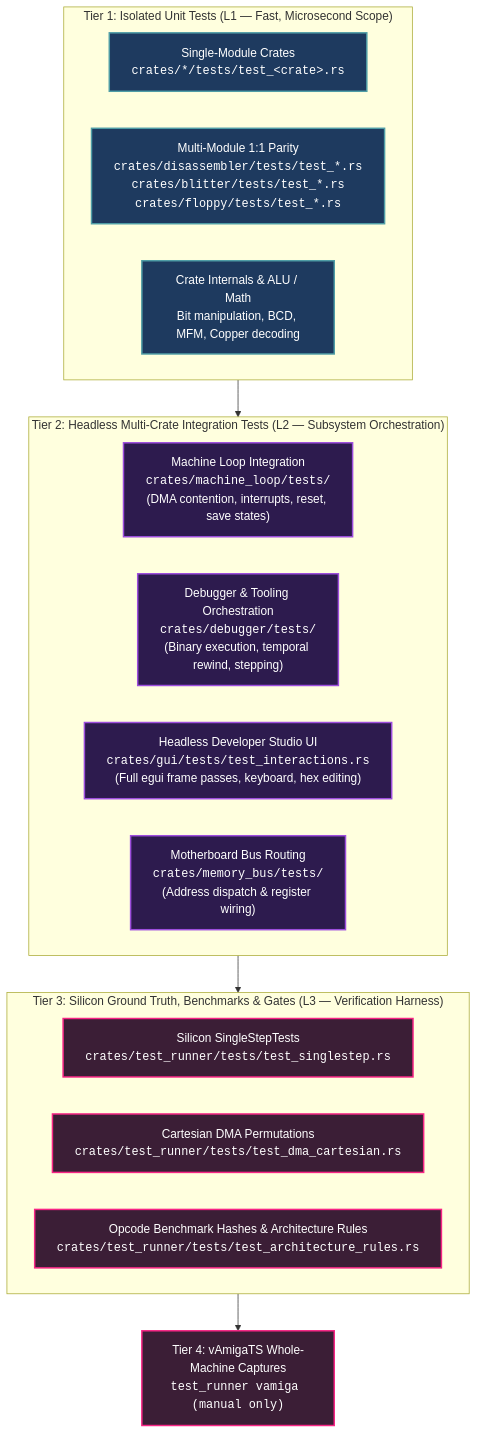
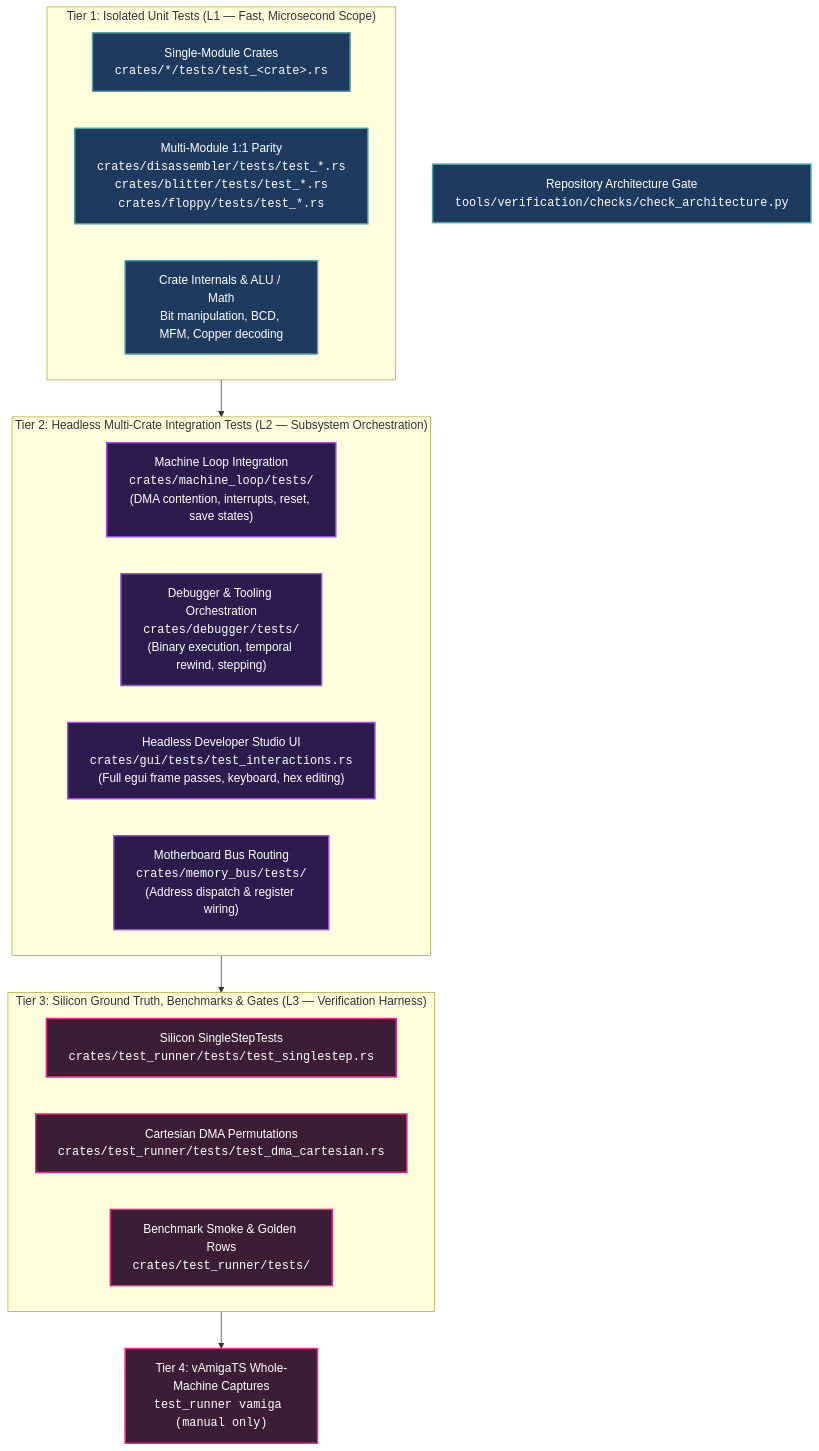
One commit to tomek-anuszkiewicz/amiga-studio changed the first of 2 diagrams in Obsidian/Amiga/Design/Testing Strategy and Quality Assurance.md. Above: the diagram before and after it, drawn with Mermaid. The commit also changed other lines of this file and 67 other files, not shown here.

First line of the commit message:
refactor(verification): centralize checks and diagnostic commands

````diff
--- a/Obsidian/Amiga/Design/Testing Strategy and Quality Assurance.md
+++ b/Obsidian/Amiga/Design/Testing Strategy and Quality Assurance.md
@@ -37,30 +35,31 @@
 ```mermaid
 graph TD
     classDef t1 fill:#1e3a5f,stroke:#4f9da6,stroke-width:2px,color:#ffffff;
     classDef t2 fill:#2d1b4e,stroke:#9d4edd,stroke-width:2px,color:#ffffff;
     classDef t3 fill:#3b1e36,stroke:#f72585,stroke-width:2px,color:#ffffff;
 
     subgraph Tier1["Tier 1: Isolated Unit Tests (L1 — Fast, Microsecond Scope)"]
         U1["Single-Module Crates<br/><code>crates/*/tests/test_&lt;crate&gt;.rs</code>"]:::t1
         U2["Multi-Module 1:1 Parity<br/><code>crates/disassembler/tests/test_*.rs</code><br/><code>crates/blitter/tests/test_*.rs</code><br/><code>crates/floppy/tests/test_*.rs</code>"]:::t1
         U3["Crate Internals & ALU / Math<br/>Bit manipulation, BCD, MFM, Copper decoding"]:::t1
     end
 
     subgraph Tier2["Tier 2: Headless Multi-Crate Integration Tests (L2 — Subsystem Orchestration)"]
         I1["Machine Loop Integration<br/><code>crates/machine_loop/tests/</code><br/>(DMA contention, interrupts, reset, save states)"]:::t2
         I2["Debugger & Tooling Orchestration<br/><code>crates/debugger/tests/</code><br/>(Binary execution, temporal rewind, stepping)"]:::t2
         I3["Headless Developer Studio UI<br/><code>crates/gui/tests/test_interactions.rs</code><br/>(Full egui frame passes, keyboard, hex editing)"]:::t2
         I4["Motherboard Bus Routing<br/><code>crates/memory_bus/tests/</code><br/>(Address dispatch & register wiring)"]:::t2
     end
 
     subgraph Tier3["Tier 3: Silicon Ground Truth, Benchmarks & Gates (L3 — Verification Harness)"]
         V1["Silicon SingleStepTests<br/><code>crates/test_runner/tests/test_singlestep.rs</code>"]:::t3
         V2["Cartesian DMA Permutations<br/><code>crates/test_runner/tests/test_dma_cartesian.rs</code>"]:::t3
-        V4["Opcode Benchmark Hashes & Architecture Rules<br/><code>crates/test_runner/tests/test_architecture_rules.rs</code>"]:::t3
+        V4["Benchmark Smoke & Golden Rows<br/><code>crates/test_runner/tests/</code>"]:::t3
     end
 
     V3["Tier 4: vAmigaTS Whole-Machine Captures<br/><code>test_runner vamiga (manual only)</code>"]:::t3
+    A1["Repository Architecture Gate<br/><code>tools/verification/checks/check_architecture.py</code>"]:::t1
     Tier1 --> Tier2
     Tier2 --> Tier3
     Tier3 --> V3
 ```
````
